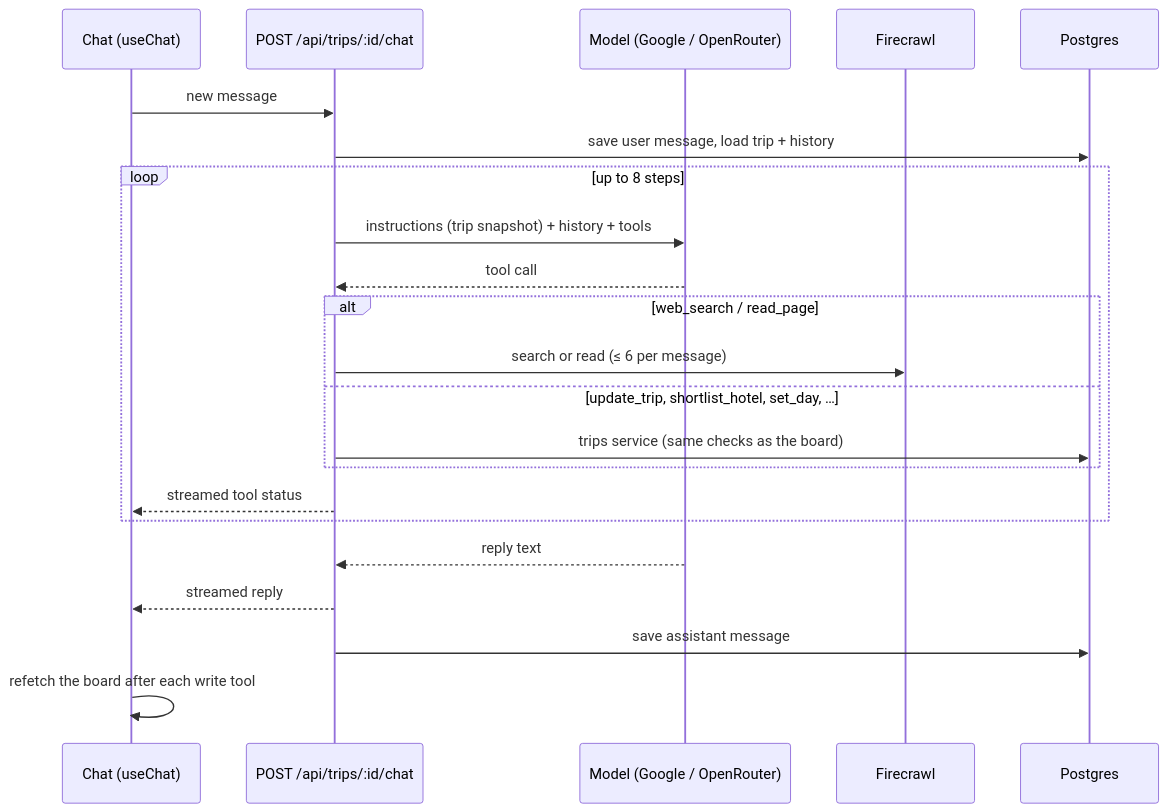
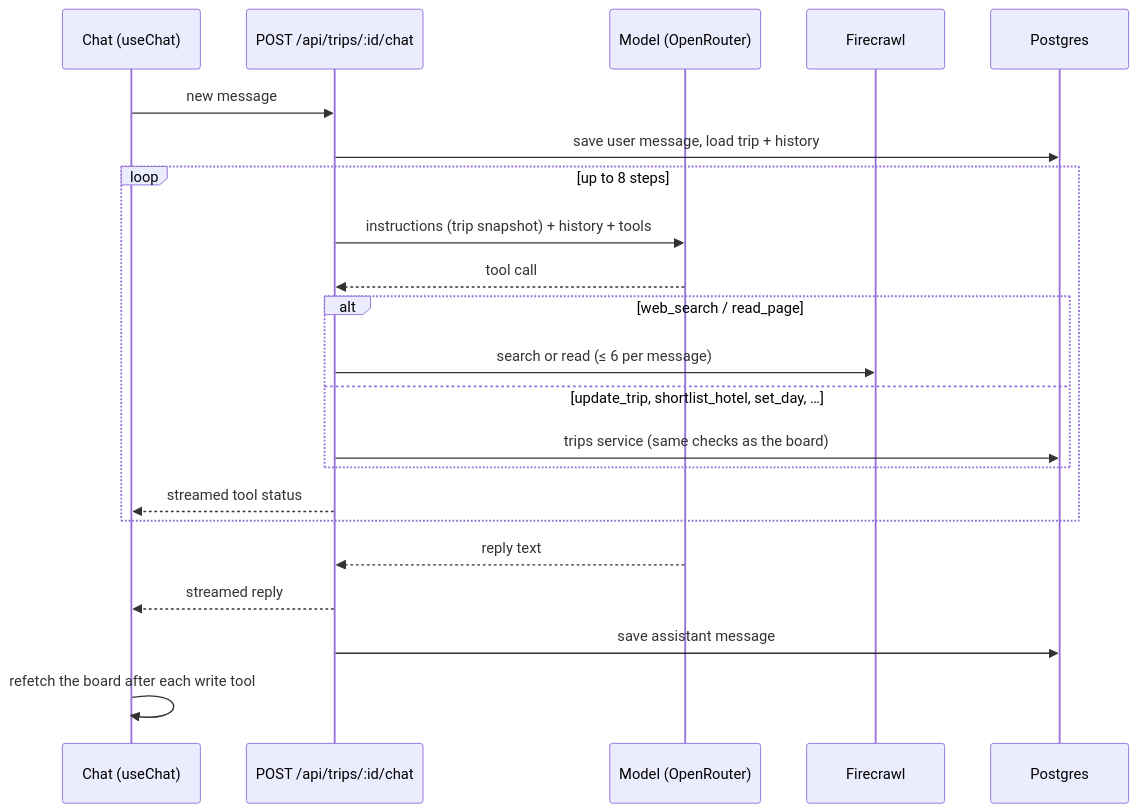
The sixth of 9 diagrams in docs/ARCHITECTURE.md (SahilFruitwala/kami), drawn with Mermaid before and after one commit. The commit also changed other lines of this file and 6 other files, not shown here.

First line of the commit message:
Default AI to DeepSeek on OpenRouter

````diff
--- a/docs/ARCHITECTURE.md
+++ b/docs/ARCHITECTURE.md
@@ -428,24 +428,24 @@
 ```mermaid
 sequenceDiagram
   participant UI as Chat (useChat)
   participant API as POST /api/trips/:id/chat
-  participant LLM as Model (Google / OpenRouter)
+  participant LLM as Model (OpenRouter)
   participant FC as Firecrawl
   participant DB as Postgres
   UI->>API: new message
   API->>DB: save user message, load trip + history
   loop up to 8 steps
     API->>LLM: instructions (trip snapshot) + history + tools
     LLM-->>API: tool call
     alt web_search / read_page
       API->>FC: search or read (≤ 6 per message)
     else update_trip, shortlist_hotel, set_day, …
       API->>DB: trips service (same checks as the board)
     end
     API-->>UI: streamed tool status
   end
   LLM-->>API: reply text
   API-->>UI: streamed reply
   API->>DB: save assistant message
   UI->>UI: refetch the board after each write tool
 ```
````
